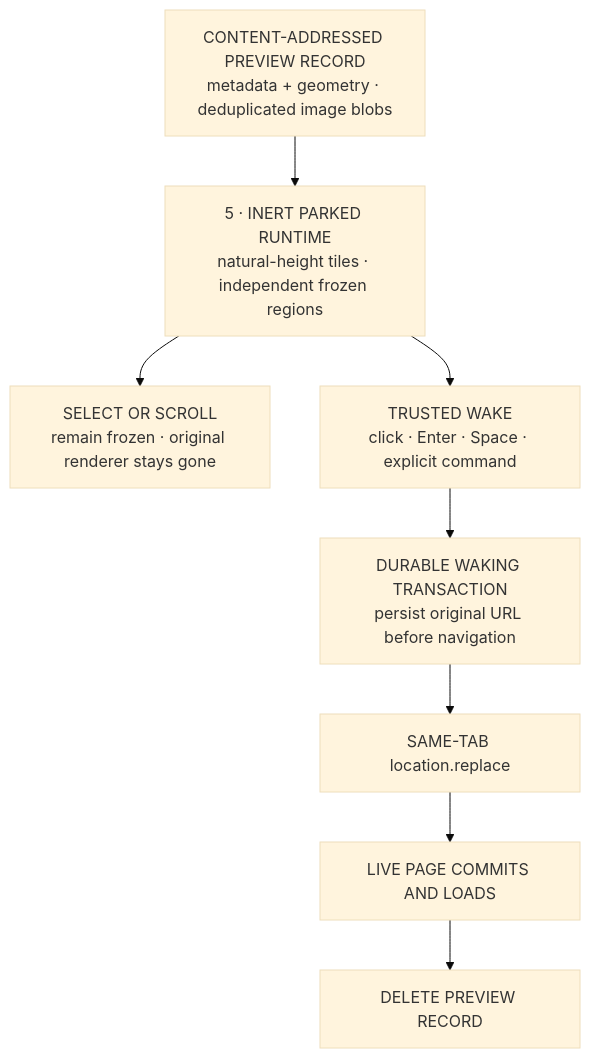
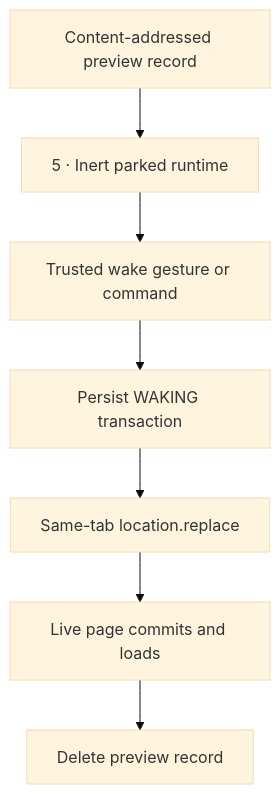
Before and after one commit to ElijahUmana/tab-sleep: the second of 3 diagrams in README.md, drawn with Mermaid (base theme). The commit also changed other lines of this file, not shown here.

First line of the commit message:
docs: eliminate Mermaid label clipping

````diff
--- a/README.md
+++ b/README.md
@@ -33,19 +35,17 @@
 ```mermaid
 flowchart TB
-  Store["CONTENT-ADDRESSED PREVIEW RECORD<br/>metadata + geometry · deduplicated image blobs"]
-  Parked["5 · INERT PARKED RUNTIME<br/>natural-height tiles · independent frozen regions"]
-  Inspect["SELECT OR SCROLL<br/>remain frozen · original renderer stays gone"]
-  Gesture["TRUSTED WAKE<br/>click · Enter · Space · explicit command"]
-  Transaction["DURABLE WAKING TRANSACTION<br/>persist original URL before navigation"]
-  Replace["SAME-TAB location.replace"]
-  Live["LIVE PAGE COMMITS AND LOADS"]
-  Cleanup["DELETE PREVIEW RECORD"]
+  Record["Content-addressed preview record"]
+  Parked["5 · Inert parked runtime"]
+  Gesture["Trusted wake gesture or command"]
+  Transaction["Persist WAKING transaction"]
+  Replace["Same-tab location.replace"]
+  Live["Live page commits and loads"]
+  Cleanup["Delete preview record"]
 
-  Store --> Parked
-  Parked --> Inspect
+  Record --> Parked
   Parked --> Gesture
   Gesture --> Transaction
   Transaction --> Replace
   Replace --> Live
   Live --> Cleanup
 ```
````
